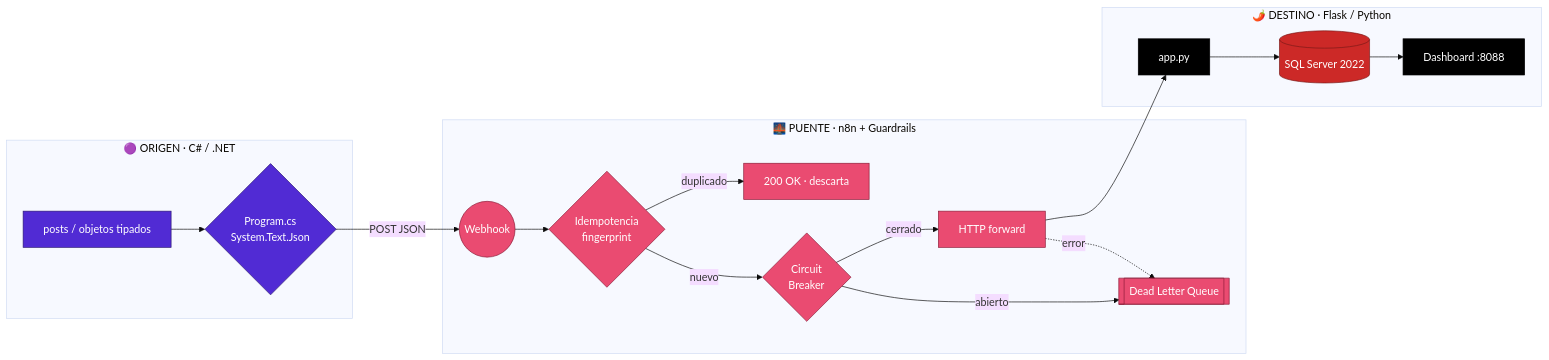
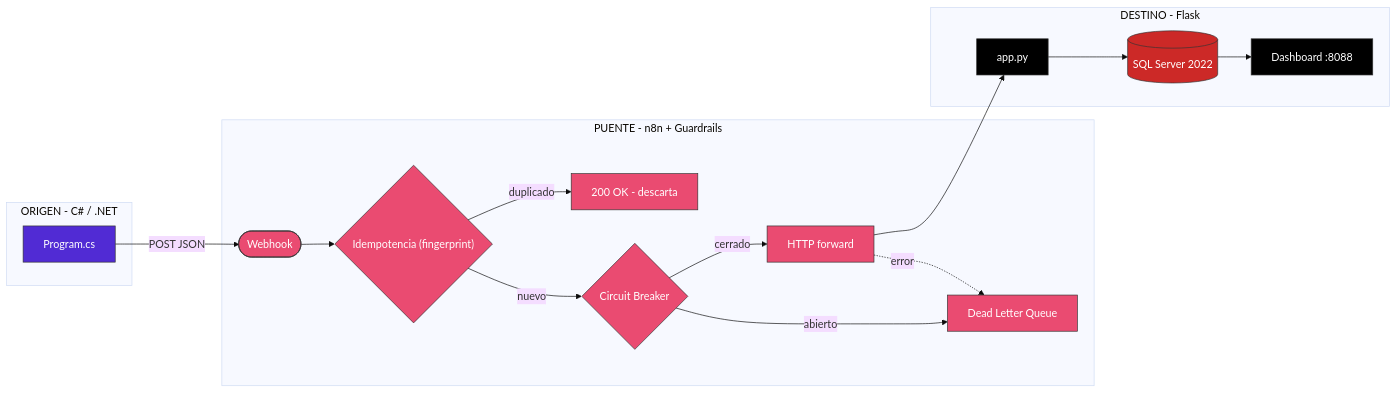
The first of 2 diagrams in cases/08-csharp-to-flask/ARCHITECTURE.md (vladimiracunadev-create/social-bot-scheduler), drawn with Mermaid (base theme) before and after one commit. The commit also changed other lines of this file and 8 other files, not shown here.

First line of the commit message:
fix(diagrams): Mermaid compatible con GitHub (securityLevel strict)

````diff
--- a/cases/08-csharp-to-flask/ARCHITECTURE.md
+++ b/cases/08-csharp-to-flask/ARCHITECTURE.md
@@ -29,32 +29,32 @@
 ```mermaid
 flowchart LR
-    subgraph ORIGIN["🟣 ORIGEN · C# / .NET"]
-        A[posts / objetos tipados] --> B{Program.cs<br/>System.Text.Json}
+    subgraph ORIGIN["ORIGEN - C# / .NET"]
+        B["Program.cs"]
     end
 
-    subgraph BRIDGE["🌉 PUENTE · n8n + Guardrails"]
-        C((Webhook)) --> IDEM{Idempotencia<br/>fingerprint}
-        IDEM -- duplicado --> DISCARD[200 OK · descarta]
-        IDEM -- nuevo --> CB{Circuit<br/>Breaker}
-        CB -- cerrado --> FWD[HTTP forward]
-        CB -- abierto --> DLQ[[Dead Letter Queue]]
+    subgraph BRIDGE["PUENTE - n8n + Guardrails"]
+        C(["Webhook"]) --> IDEM{"Idempotencia (fingerprint)"}
+        IDEM -->|duplicado| DISCARD["200 OK - descarta"]
+        IDEM -->|nuevo| CBK{"Circuit Breaker"}
+        CBK -->|cerrado| FWD["HTTP forward"]
+        CBK -->|abierto| DLQ["Dead Letter Queue"]
     end
 
-    subgraph DEST["🌶️ DESTINO · Flask / Python"]
-        FWD --> H[app.py]
-        H --> DB[(SQL Server 2022)]
-        DB --> DASH[Dashboard :8088]
+    subgraph DEST["DESTINO - Flask"]
+        FWD --> H["app.py"]
+        H --> DB[("SQL Server 2022")]
+        DB --> DASH["Dashboard :8088"]
     end
 
-    B -- POST JSON --> C
-    FWD -. error .-> DLQ
+    B -->|POST JSON| C
+    FWD -.->|error| DLQ
 
-    classDef origin fill:#512BD4,stroke:#2c1873,color:#fff
-    classDef bridge fill:#EA4B71,stroke:#8c1c38,color:#fff
-    classDef dest fill:#000000,stroke:#000000,color:#fff
-    classDef db fill:#CC2927,stroke:#7a1817,color:#fff
-    class A,B origin
-    class C,IDEM,CB,FWD,DLQ,DISCARD bridge
+    classDef origin fill:#512BD4,stroke:#333,color:#fff
+    classDef bridge fill:#EA4B71,stroke:#333,color:#fff
+    classDef dest fill:#000000,stroke:#333,color:#fff
+    classDef db fill:#CC2927,stroke:#333,color:#fff
+    class B origin
+    class C,IDEM,CBK,FWD,DLQ,DISCARD bridge
     class H,DASH dest
     class DB db
 ```
````
